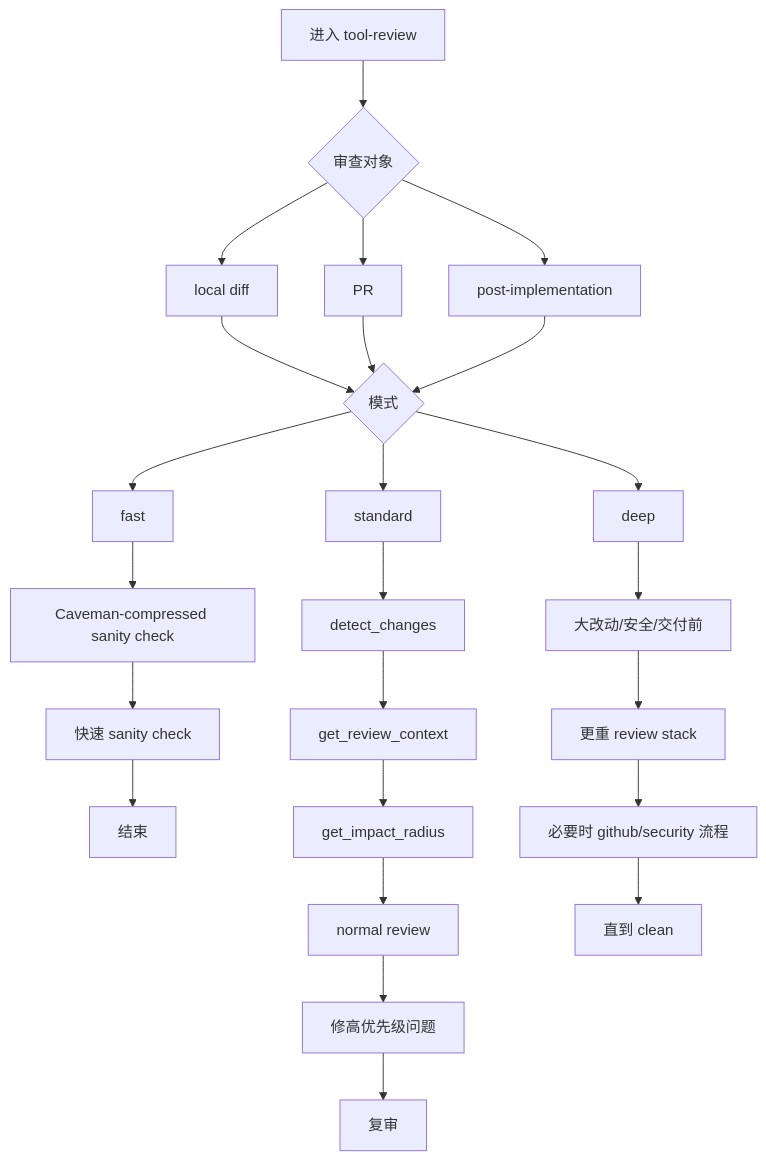
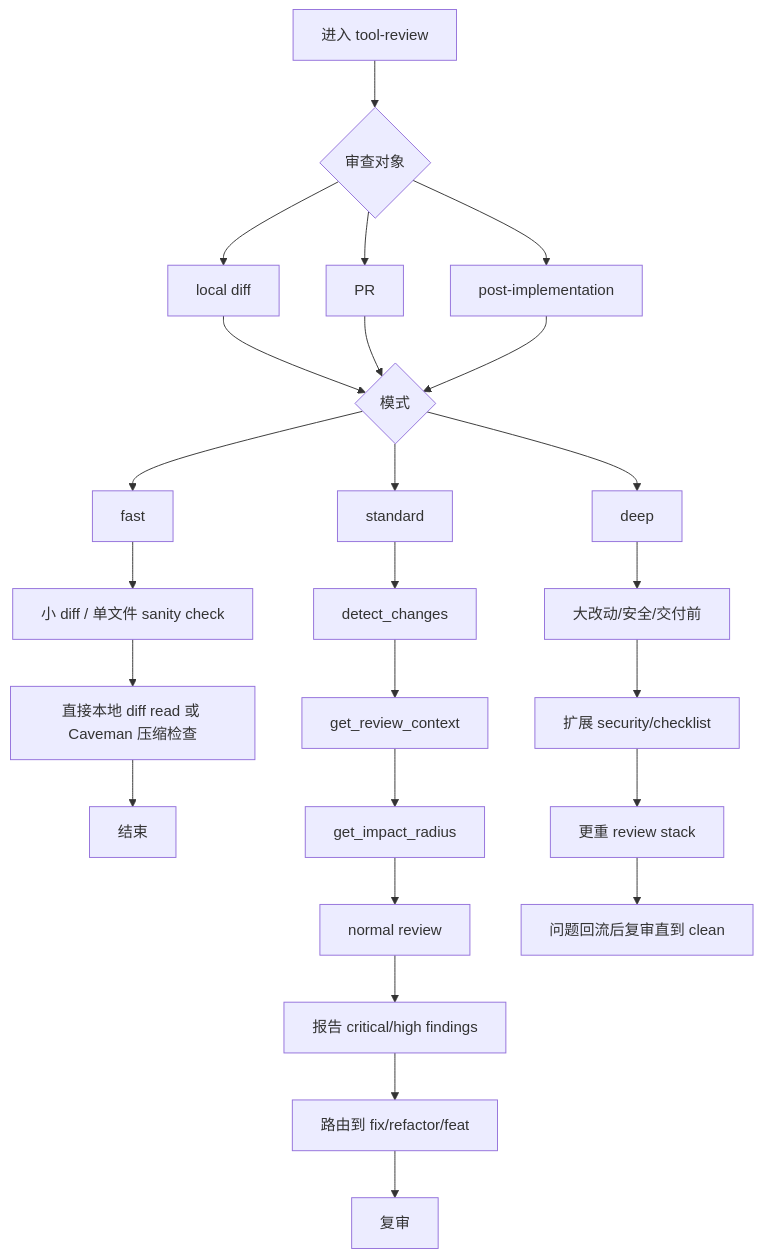
Before and after one commit to HunterXing/engineer-shovel: the sixth of 11 diagrams in docs/mode-routing.md, drawn with Mermaid. The commit also changed other lines of this file and 25 other files, not shown here.

````diff
--- a/docs/mode-routing.md
+++ b/docs/mode-routing.md
@@ -404,30 +417,31 @@
 ```mermaid
 flowchart TD
     A[进入 tool-review] --> B{审查对象}
     B --> B1[local diff]
     B --> B2[PR]
     B --> B3[post-implementation]
     B1 --> C{模式}
     B2 --> C
     B3 --> C
 
     C --> D[fast]
     C --> E[standard]
     C --> F[deep]
 
-    D --> D1[Caveman-compressed sanity check]
-    D1 --> D2[快速 sanity check]
+    D --> D1[小 diff / 单文件 sanity check]
+    D1 --> D2[直接本地 diff read 或 Caveman 压缩检查]
     D2 --> D3[结束]
 
     E --> E1[detect_changes]
     E1 --> E2[get_review_context]
     E2 --> E3[get_impact_radius]
     E3 --> E4[normal review]
-    E4 --> E5[修高优先级问题]
-    E5 --> E6[复审]
+    E4 --> E5[报告 critical/high findings]
+    E5 --> E6[路由到 fix/refactor/feat]
+    E6 --> E7[复审]
 
     F --> F1[大改动/安全/交付前]
-    F1 --> F2[更重 review stack]
-    F2 --> F3[必要时 github/security 流程]
-    F3 --> F4[直到 clean]
+    F1 --> F2[扩展 security/checklist]
+    F2 --> F3[更重 review stack]
+    F3 --> F4[问题回流后复审直到 clean]
 ```
````
